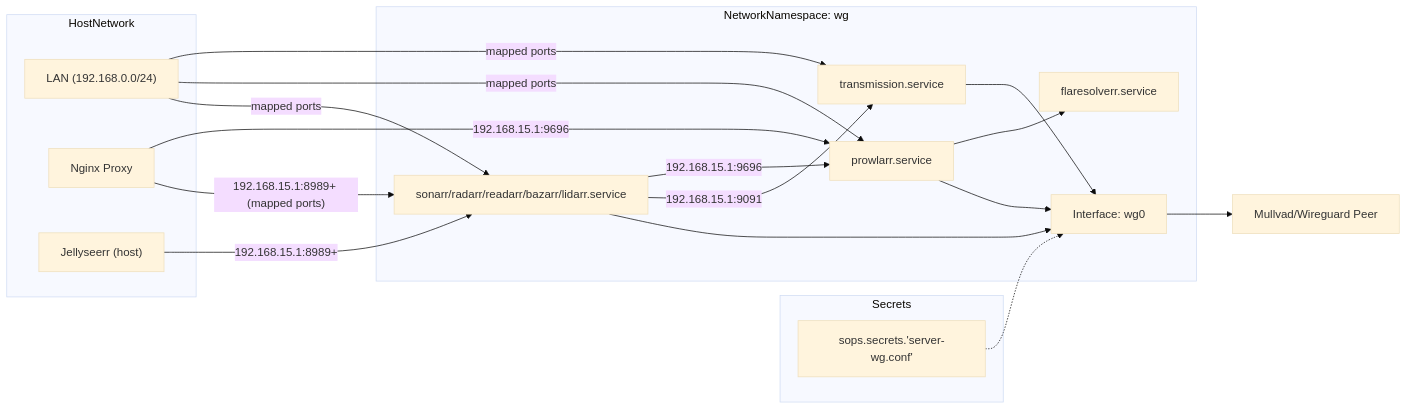
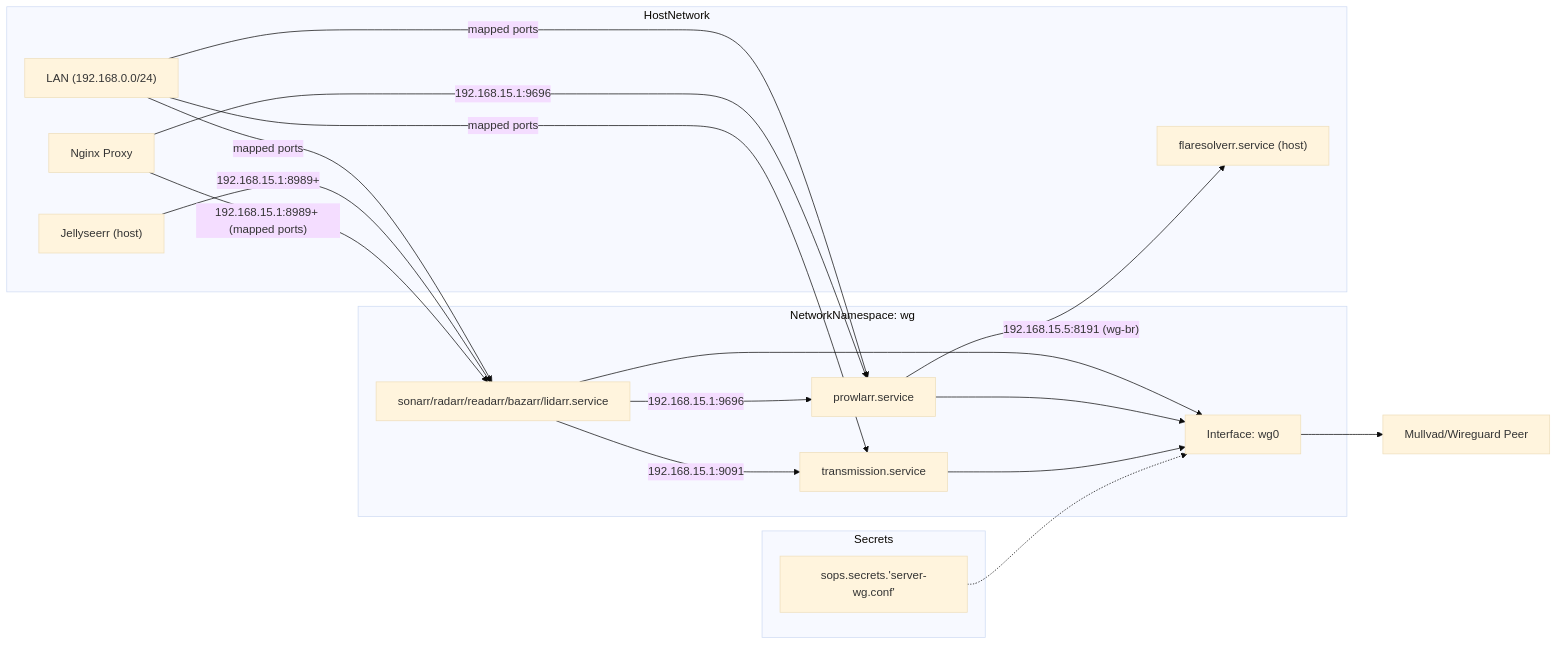
Before and after one commit to Cody-W-Tucker/nix-config: the second of 2 diagrams in docs/Networking-and-VPN.md, drawn with Mermaid (base theme). The commit also changed other lines of this file and 2 other files, not shown here.

Commit message:
route flaresolverr through host interface
route flaresolverr through host interface

route flaresolverr through host interface

````diff
--- a/docs/Networking-and-VPN.md
+++ b/docs/Networking-and-VPN.md
@@ -123,33 +123,33 @@
 ```mermaid
 flowchart LR
     INTERNET["Mullvad/Wireguard Peer"]
     subgraph Secrets
         SOPS_WG["sops.secrets.'server-wg.conf'"]
     end
     subgraph subGraph1 ["NetworkNamespace: wg"]
         TRANS["transmission.service"]
         PROWL["prowlarr.service"]
-        FLARE["flaresolverr.service"]
         ARR["sonarr/radarr/readarr/bazarr/lidarr.service"]
         WG0["Interface: wg0"]
     end
     subgraph HostNetwork
         LAN["LAN (192.168.0.0/24)"]
         NGINX["Nginx Proxy"]
         SEERR["Jellyseerr (host)"]
+        FLARE["flaresolverr.service (host)"]
     end
     SOPS_WG -.-> WG0
     NGINX -->|"192.168.15.1:9696"| PROWL
     NGINX -->|"192.168.15.1:8989+ (mapped ports)"| ARR
     SEERR -->|"192.168.15.1:8989+"| ARR
     ARR -->|"192.168.15.1:9696"| PROWL
     ARR -->|"192.168.15.1:9091"| TRANS
-    PROWL --> FLARE
+    PROWL -->|"192.168.15.5:8191 (wg-br)"| FLARE
     TRANS --> WG0
     PROWL --> WG0
     ARR --> WG0
     WG0 --> INTERNET
     LAN -->|"mapped ports"| TRANS
     LAN -->|"mapped ports"| PROWL
     LAN -->|"mapped ports"| ARR
 ```
````
